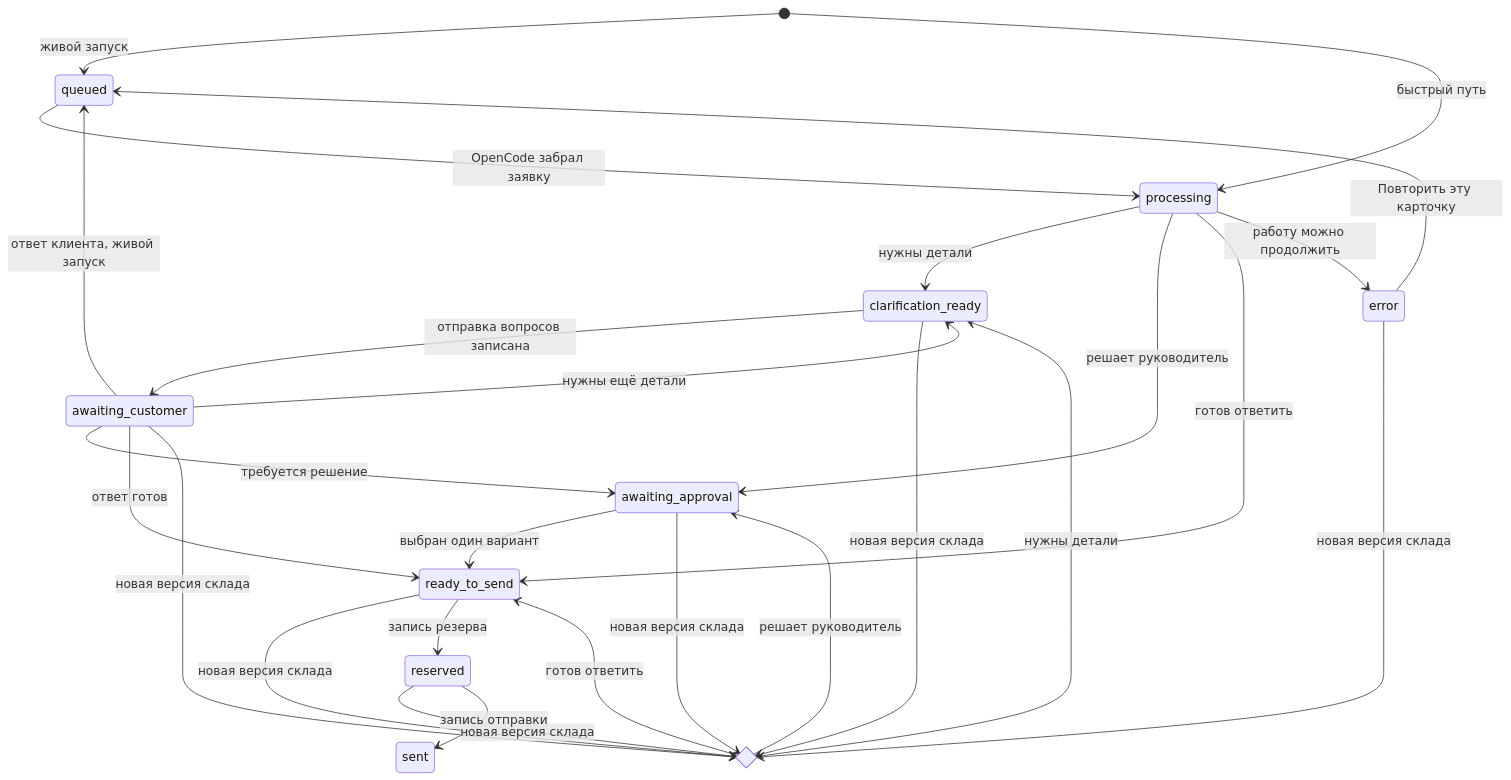
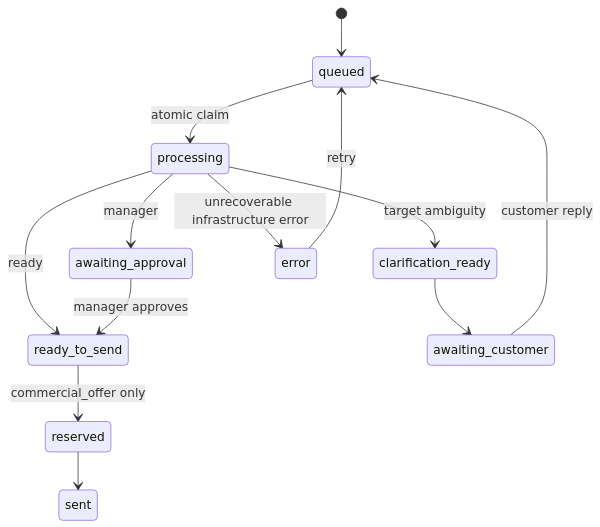
The second of 2 diagrams in docs/ARCHITECTURE-AND-WEBINAR.md (Matrix6892/Pilot_webinars), drawn with Mermaid before and after one commit. The commit also changed other lines of this file and 119 other files, not shown here.

````diff
--- a/docs/ARCHITECTURE-AND-WEBINAR.md
+++ b/docs/ARCHITECTURE-AND-WEBINAR.md
@@ -873,32 +240,15 @@
 ```mermaid
 stateDiagram-v2
-    [*] --> queued: живой запуск
-    [*] --> processing: быстрый путь
-    queued --> processing: OpenCode забрал заявку
-
-    processing --> clarification_ready: нужны детали
-    processing --> awaiting_approval: решает руководитель
-    processing --> ready_to_send: готов ответить
-    processing --> error: работу можно продолжить
-    error --> queued: Повторить эту карточку
-
-    clarification_ready --> awaiting_customer: отправка вопросов записана
-    awaiting_customer --> queued: ответ клиента, живой запуск
-    awaiting_customer --> clarification_ready: нужны ещё детали
-    awaiting_customer --> awaiting_approval: требуется решение
-    awaiting_customer --> ready_to_send: ответ готов
-
-    awaiting_approval --> ready_to_send: выбран один вариант
-    state recalc_result <<choice>>
-    clarification_ready --> recalc_result: новая версия склада
-    awaiting_customer --> recalc_result: новая версия склада
-    awaiting_approval --> recalc_result: новая версия склада
-    ready_to_send --> recalc_result: новая версия склада
-    reserved --> recalc_result: новая версия склада
-    error --> recalc_result: новая версия склада
-    recalc_result --> clarification_ready: нужны детали
-    recalc_result --> awaiting_approval: решает руководитель
-    recalc_result --> ready_to_send: готов ответить
-    ready_to_send --> reserved: запись резерва
-    reserved --> sent: запись отправки
+    [*] --> queued
+    queued --> processing: atomic claim
+    processing --> ready_to_send: ready
+    processing --> clarification_ready: target ambiguity
+    processing --> awaiting_approval: manager
+    processing --> error: unrecoverable infrastructure error
+    clarification_ready --> awaiting_customer
+    awaiting_customer --> queued: customer reply
+    awaiting_approval --> ready_to_send: manager approves
+    ready_to_send --> reserved: commercial_offer only
+    reserved --> sent
+    error --> queued: retry
 ```
````
